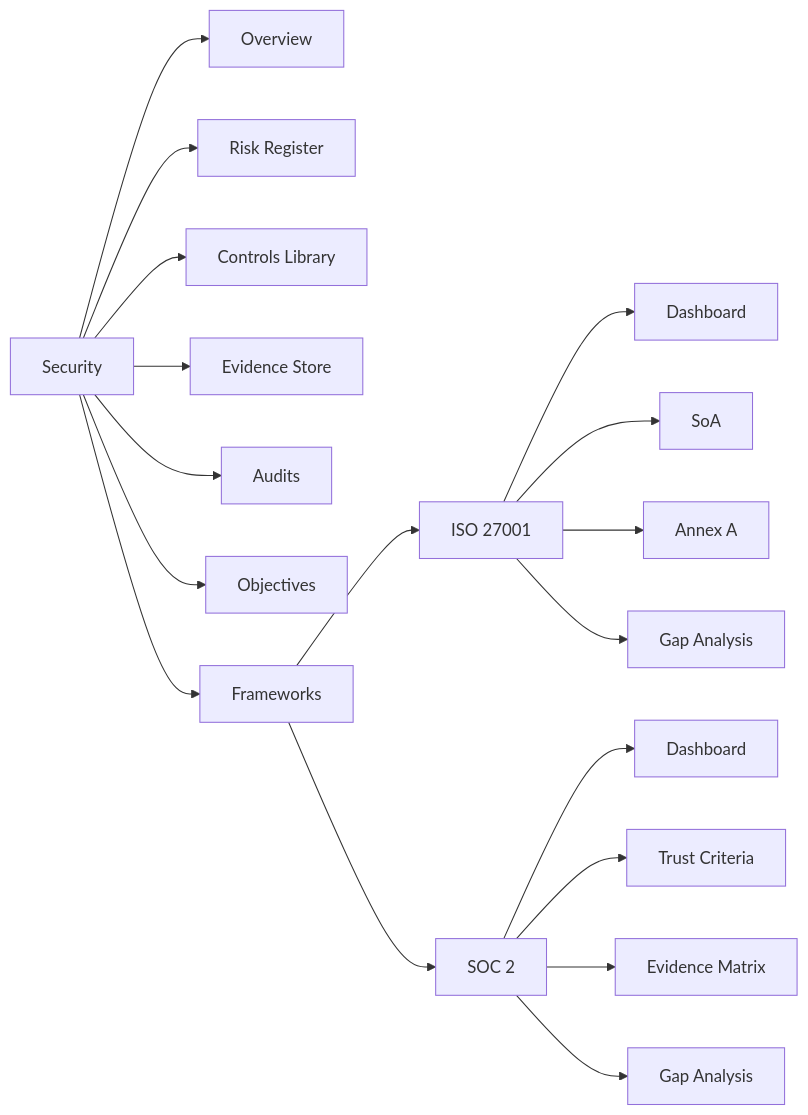
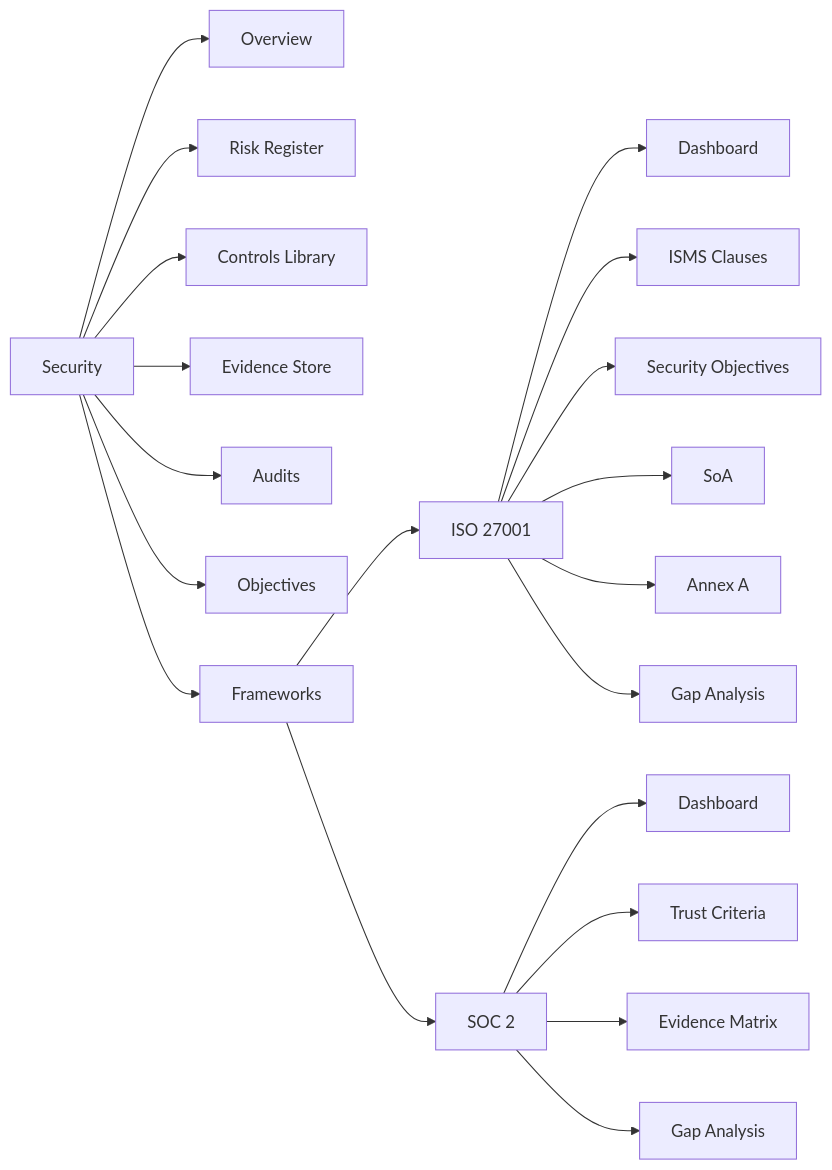
Before and after one commit to stellarsoft-tech/IdaraOS: the second of 12 diagrams in docs/modules/security/architecture.md, drawn with Mermaid. The commit also changed other lines of this file and 18 other files, not shown here.

Commit message:
feat: added security objectives modules

````diff
--- a/docs/modules/security/architecture.md
+++ b/docs/modules/security/architecture.md
@@ -60,23 +60,25 @@
 ```mermaid
 graph LR
     Security[Security] --> Overview[Overview]
     Security --> RiskRegister[Risk Register]
     Security --> ControlsLib[Controls Library]
     Security --> EvidenceStore[Evidence Store]
     Security --> Audits[Audits]
     Security --> Objectives[Objectives]
     Security --> Frameworks[Frameworks]
     
     Frameworks --> ISO[ISO 27001]
     Frameworks --> SOC[SOC 2]
     
     ISO --> ISO_Dash[Dashboard]
+    ISO --> ISO_Clauses[ISMS Clauses]
+    ISO --> ISO_Objectives[Security Objectives]
     ISO --> ISO_SoA[SoA]
     ISO --> ISO_Controls[Annex A]
     ISO --> ISO_Gaps[Gap Analysis]
     
     SOC --> SOC_Dash[Dashboard]
     SOC --> SOC_TSC[Trust Criteria]
     SOC --> SOC_Matrix[Evidence Matrix]
     SOC --> SOC_Gaps[Gap Analysis]
 ```
````
